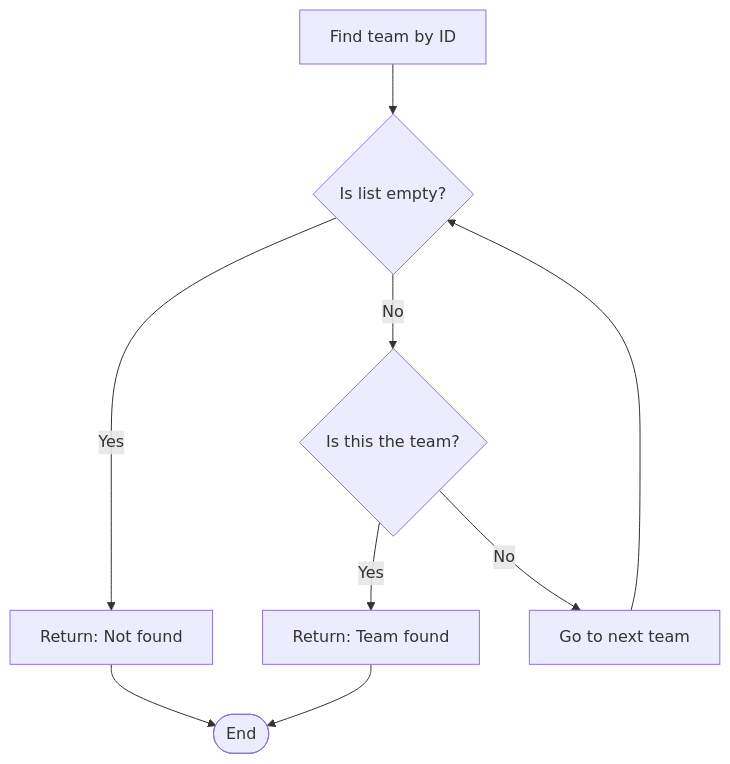
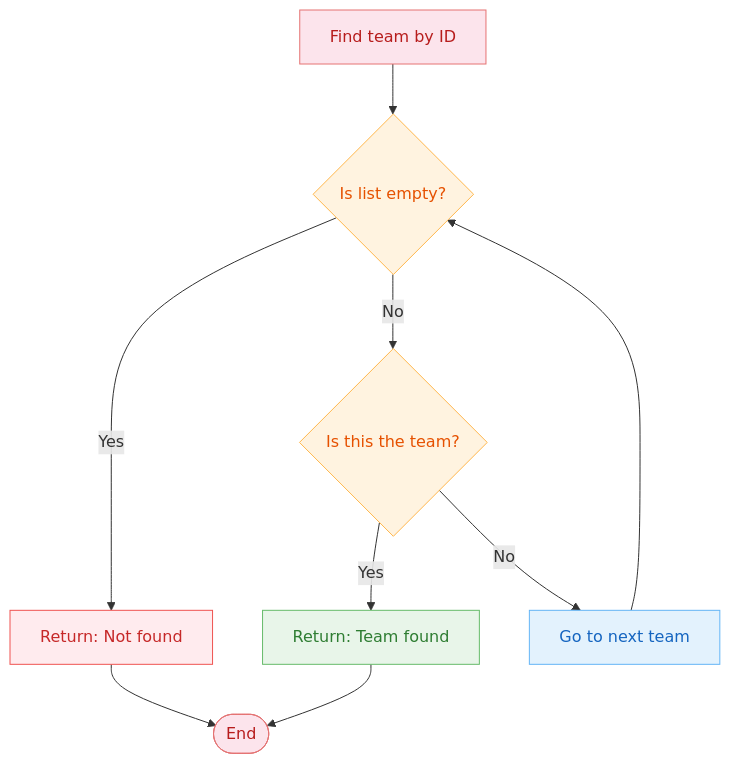
Before and after one commit to khanhthanhdev/CompSys: diagram 14 of 18 in README.md, drawn with Mermaid. The commit also changed other lines of this file and 8 other files, not shown here.

````diff
--- a/README.md
+++ b/README.md
@@ -408,15 +476,21 @@
 ```mermaid
 flowchart TD
-    Start[Find team by ID] --> First{Is list empty?}
+    classDef startEnd fill:#fce4ec,stroke:#e57373,color:#b71c1c
+    classDef process fill:#e3f2fd,stroke:#64b5f6,color:#1565c0
+    classDef decision fill:#fff3e0,stroke:#ffb74d,color:#e65100
+    classDef win fill:#e8f5e9,stroke:#66bb6a,color:#2e7d32
+    classDef warn fill:#ffebee,stroke:#ef5350,color:#c62828
+
+    Start[Find team by ID]:::startEnd --> First{Is list empty?}:::decision
     
-    First -->|Yes| NotFound[Return: Not found]
-    NotFound --> Done([End])
+    First -->|Yes| NotFound[Return: Not found]:::warn
+    NotFound --> Done([End]):::startEnd
     
-    First -->|No| CheckId{Is this the team?}
+    First -->|No| CheckId{Is this the team?}:::decision
     
-    CheckId -->|Yes| Found[Return: Team found]
+    CheckId -->|Yes| Found[Return: Team found]:::win
     Found --> Done
     
-    CheckId -->|No| Next[Go to next team]
+    CheckId -->|No| Next[Go to next team]:::process
     Next --> First
 ```
````
